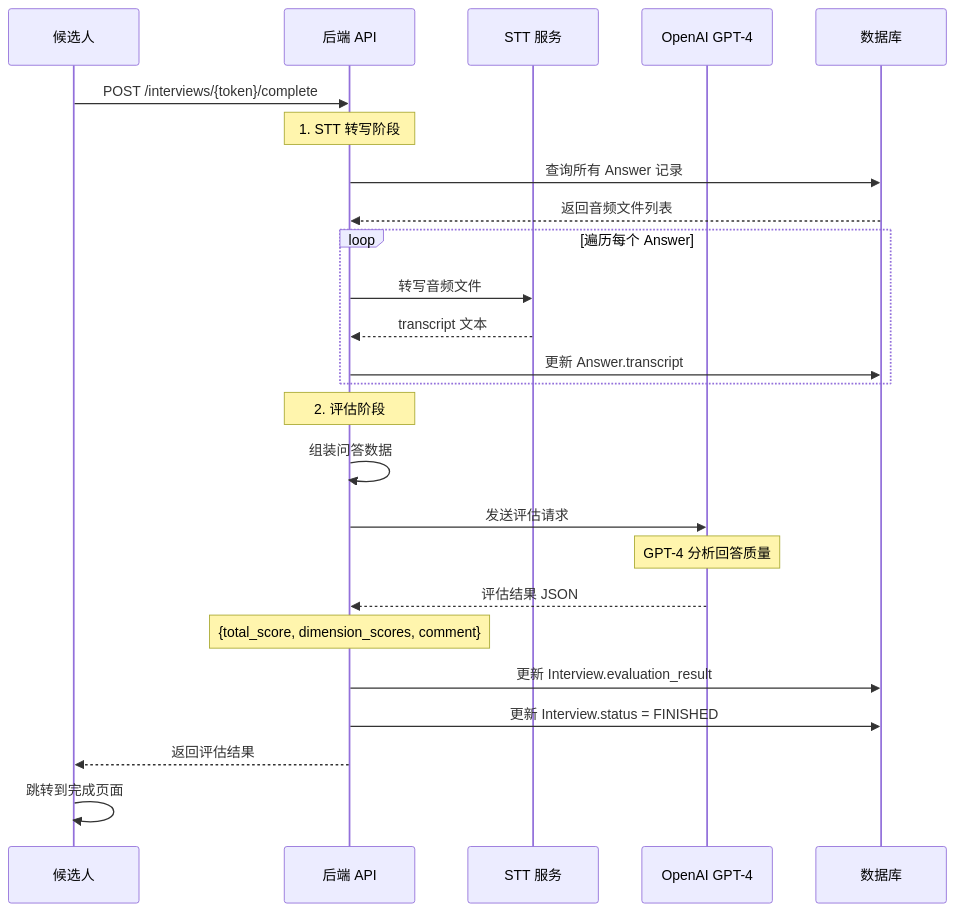
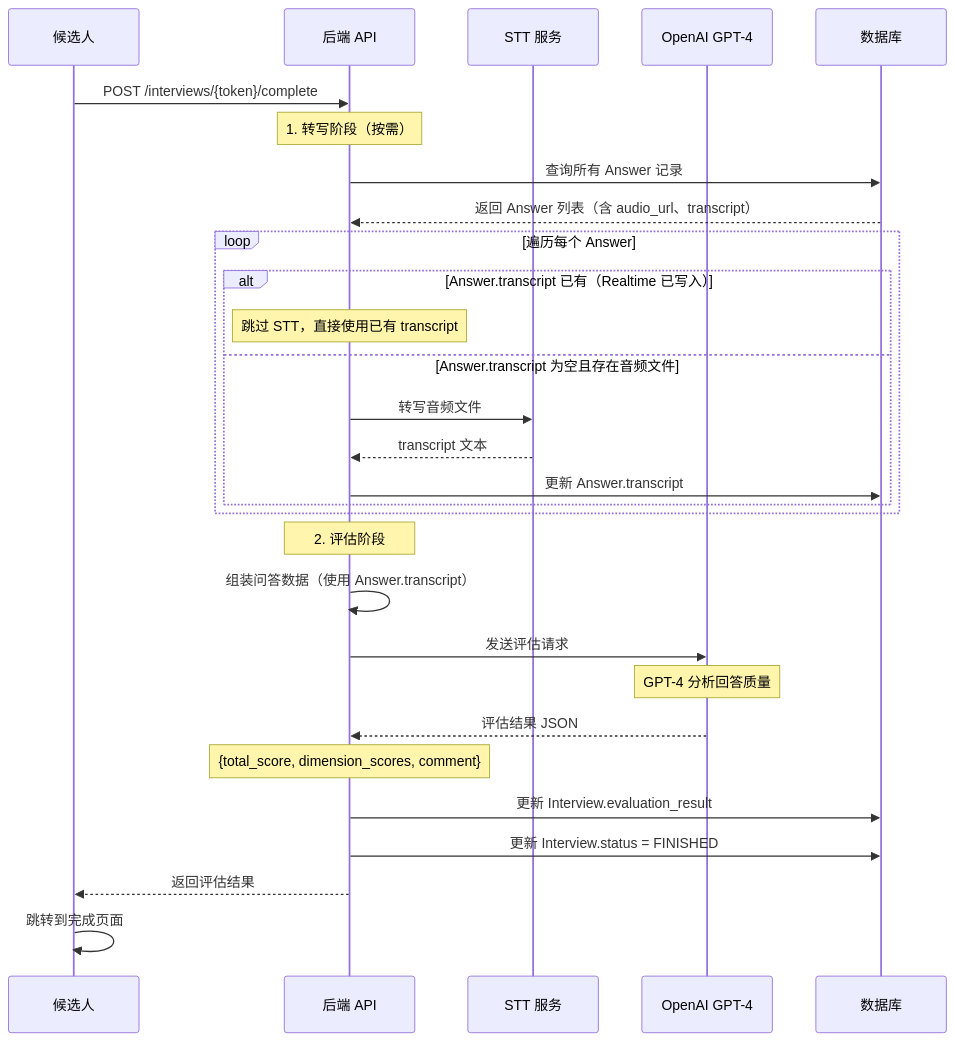
The diagram in spec_doc/03_features/03.3_ai_evaluation.md (cziwen/AI_Interviewer), drawn with Mermaid before and after one commit. The commit also changed other lines of this file and 14 other files, not shown here.

````diff
--- a/spec_doc/03_features/03.3_ai_evaluation.md
+++ b/spec_doc/03_features/03.3_ai_evaluation.md
@@ -11,34 +11,38 @@
 ```mermaid
 sequenceDiagram
     participant C as 候选人
     participant BE as 后端 API
     participant STT as STT 服务
     participant LLM as OpenAI GPT-4
     participant DB as 数据库
 
     C->>BE: POST /interviews/{token}/complete
 
-    Note over BE: 1. STT 转写阶段
+    Note over BE: 1. 转写阶段（按需）
     BE->>DB: 查询所有 Answer 记录
-    DB-->>BE: 返回音频文件列表
+    DB-->>BE: 返回 Answer 列表（含 audio_url、transcript）
 
     loop 遍历每个 Answer
-        BE->>STT: 转写音频文件
-        STT-->>BE: transcript 文本
-        BE->>DB: 更新 Answer.transcript
+        alt Answer.transcript 已有（Realtime 已写入）
+            Note over BE: 跳过 STT，直接使用已有 transcript
+        else Answer.transcript 为空且存在音频文件
+            BE->>STT: 转写音频文件
+            STT-->>BE: transcript 文本
+            BE->>DB: 更新 Answer.transcript
+        end
     end
 
     Note over BE: 2. 评估阶段
-    BE->>BE: 组装问答数据
+    BE->>BE: 组装问答数据（使用 Answer.transcript）
     BE->>LLM: 发送评估请求
     Note over LLM: GPT-4 分析回答质量
 
     LLM-->>BE: 评估结果 JSON
     Note over BE: {total_score, dimension_scores, comment}
 
     BE->>DB: 更新 Interview.evaluation_result
     BE->>DB: 更新 Interview.status = FINISHED
 
     BE-->>C: 返回评估结果
     C->>C: 跳转到完成页面
 ```
````
